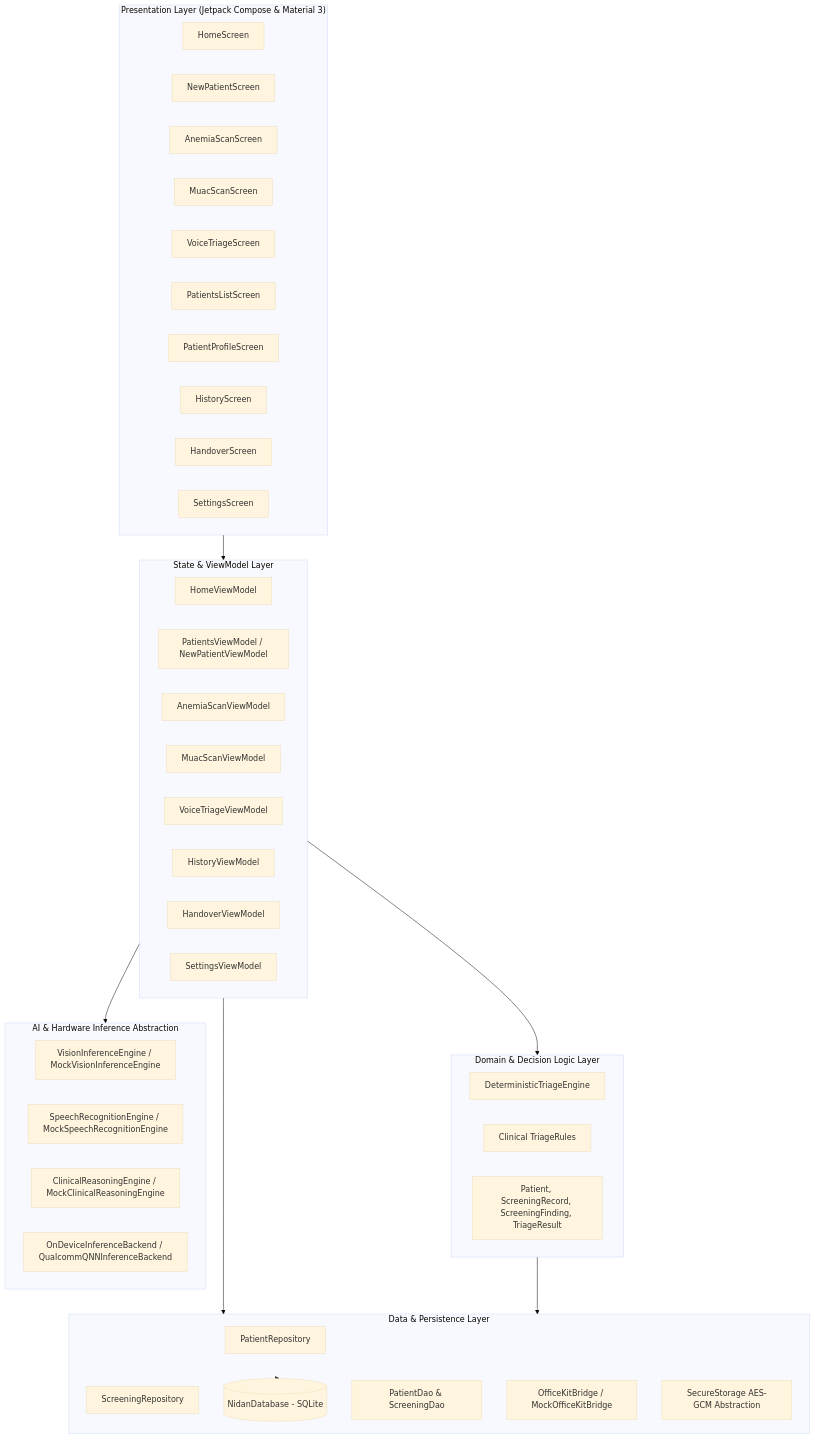
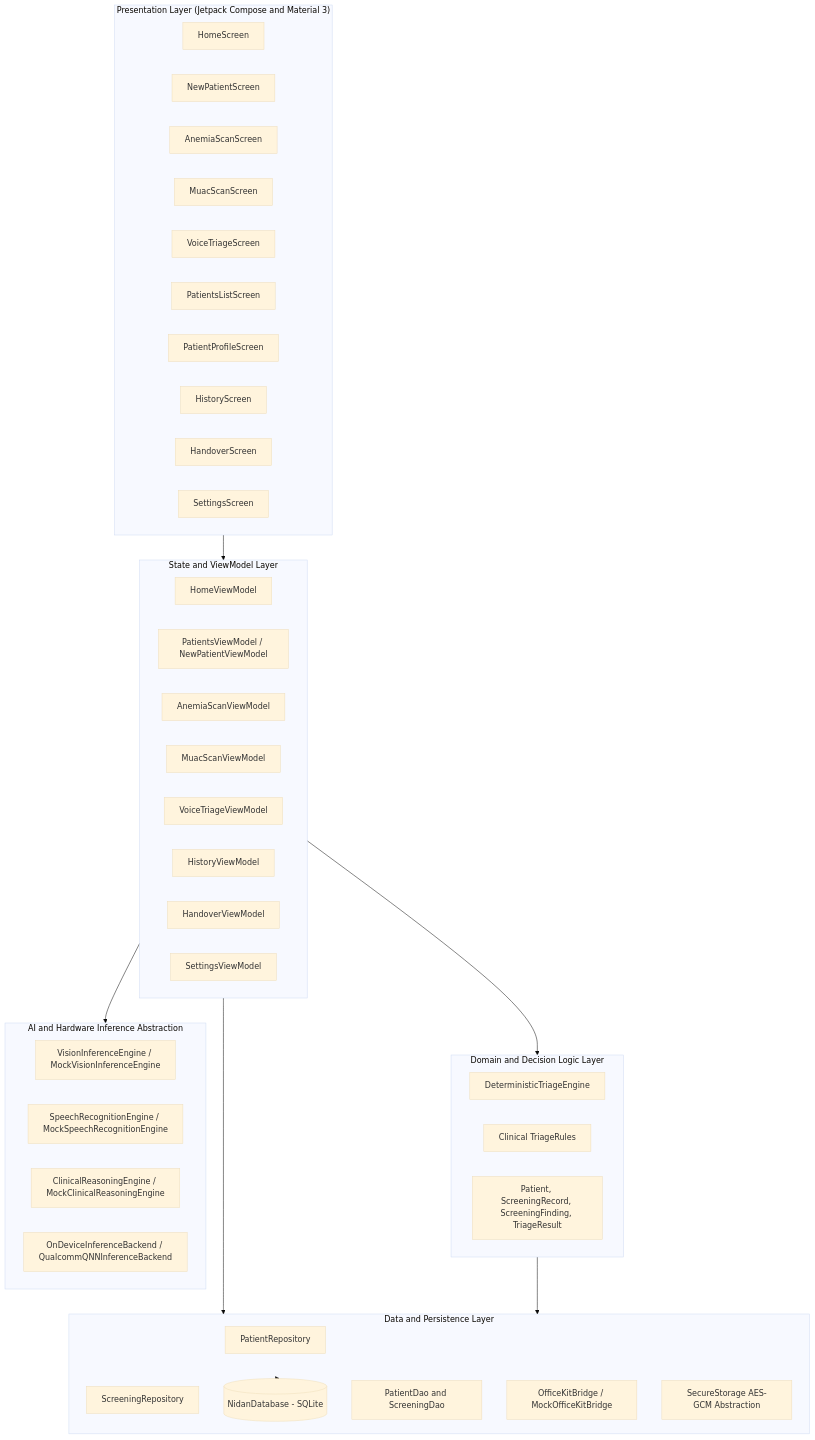
Before and after one commit to SarthakNC/Nidan-AI---IQOO-INDIA-HACKATHON-IDEA-SUBMISSION: the second of 4 diagrams in README.md, drawn with Mermaid (base theme). The commit also changed other lines of this file, not shown here.

Commit message:
docs: refine mermaid architecture diagram in README

````diff
--- a/README.md
+++ b/README.md
@@ -168,55 +168,55 @@
 ```mermaid
 graph TB
-    subgraph Presentation_Layer ["Presentation Layer (Jetpack Compose & Material 3)"]
-        UI_Home[HomeScreen]
-        UI_NewPatient[NewPatientScreen]
-        UI_Anemia[AnemiaScanScreen]
-        UI_Muac[MuacScanScreen]
-        UI_Voice[VoiceTriageScreen]
-        UI_Patients[PatientsListScreen]
-        UI_Profile[PatientProfileScreen]
-        UI_History[HistoryScreen]
-        UI_Handover[HandoverScreen]
-        UI_Settings[SettingsScreen]
+    subgraph Presentation_Layer ["Presentation Layer (Jetpack Compose and Material 3)"]
+        UI_Home["HomeScreen"]
+        UI_NewPatient["NewPatientScreen"]
+        UI_Anemia["AnemiaScanScreen"]
+        UI_Muac["MuacScanScreen"]
+        UI_Voice["VoiceTriageScreen"]
+        UI_Patients["PatientsListScreen"]
+        UI_Profile["PatientProfileScreen"]
+        UI_History["HistoryScreen"]
+        UI_Handover["HandoverScreen"]
+        UI_Settings["SettingsScreen"]
     end
 
-    subgraph ViewModel_Layer ["State & ViewModel Layer"]
-        VM_Home[HomeViewModel]
-        VM_Patient[PatientsViewModel / NewPatientViewModel]
-        VM_Anemia[AnemiaScanViewModel]
-        VM_Muac[MuacScanViewModel]
-        VM_Voice[VoiceTriageViewModel]
-        VM_History[HistoryViewModel]
-        VM_Handover[HandoverViewModel]
-        VM_Settings[SettingsViewModel]
+    subgraph ViewModel_Layer ["State and ViewModel Layer"]
+        VM_Home["HomeViewModel"]
+        VM_Patient["PatientsViewModel / NewPatientViewModel"]
+        VM_Anemia["AnemiaScanViewModel"]
+        VM_Muac["MuacScanViewModel"]
+        VM_Voice["VoiceTriageViewModel"]
+        VM_History["HistoryViewModel"]
+        VM_Handover["HandoverViewModel"]
+        VM_Settings["SettingsViewModel"]
     end
 
-    subgraph Domain_Layer ["Domain & Decision Logic Layer"]
-        TriageEngine[DeterministicTriageEngine]
-        TriageRules[Clinical TriageRules]
-        Models[Patient, ScreeningRecord, ScreeningFinding, TriageResult]
+    subgraph Domain_Layer ["Domain and Decision Logic Layer"]
+        TriageEngine["DeterministicTriageEngine"]
+        TriageRules["Clinical TriageRules"]
+        Models["Patient, ScreeningRecord, ScreeningFinding, TriageResult"]
     end
 
-    subgraph AI_Abstraction_Layer ["AI & Hardware Inference Abstraction"]
-        VisionEngine[VisionInferenceEngine / MockVisionInferenceEngine]
-        SpeechEngine[SpeechRecognitionEngine / MockSpeechRecognitionEngine]
-        ReasoningEngine[ClinicalReasoningEngine / MockClinicalReasoningEngine]
-        BackendAbstraction[OnDeviceInferenceBackend / QualcommQNNInferenceBackend]
+    subgraph AI_Abstraction_Layer ["AI and Hardware Inference Abstraction"]
+        VisionEngine["VisionInferenceEngine / MockVisionInferenceEngine"]
+        SpeechEngine["SpeechRecognitionEngine / MockSpeechRecognitionEngine"]
+        ReasoningEngine["ClinicalReasoningEngine / MockClinicalReasoningEngine"]
+        BackendAbstraction["OnDeviceInferenceBackend / QualcommQNNInferenceBackend"]
     end
 
-    subgraph Data_Layer ["Data & Persistence Layer"]
-        PatientRepo[PatientRepository]
-        ScreeningRepo[ScreeningRepository]
-        RoomDB[(NidanDatabase - SQLite)]
-        DAOs[PatientDao & ScreeningDao]
-        OfficeKit[OfficeKitBridge / MockOfficeKitBridge]
-        SecStorage[SecureStorage AES-GCM Abstraction]
+    subgraph Data_Layer ["Data and Persistence Layer"]
+        PatientRepo["PatientRepository"]
+        ScreeningRepo["ScreeningRepository"]
+        RoomDB[("NidanDatabase - SQLite")]
+        DAOs["PatientDao and ScreeningDao"]
+        OfficeKit["OfficeKitBridge / MockOfficeKitBridge"]
+        SecStorage["SecureStorage AES-GCM Abstraction"]
     end
 
     Presentation_Layer --> ViewModel_Layer
     ViewModel_Layer --> Domain_Layer
     ViewModel_Layer --> AI_Abstraction_Layer
     ViewModel_Layer --> Data_Layer
     Domain_Layer --> Data_Layer
     Data_Layer --> RoomDB
 ```
````
